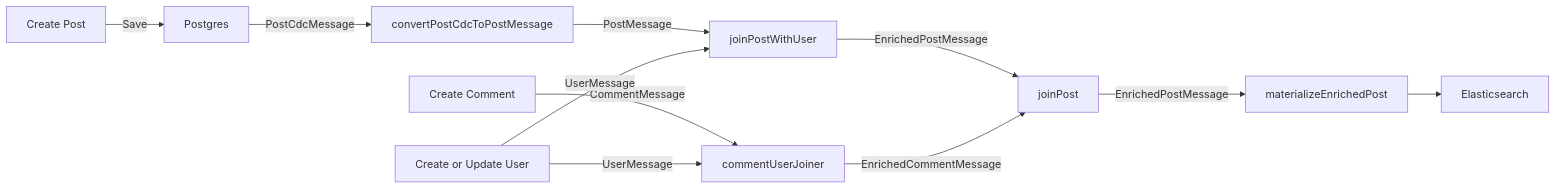
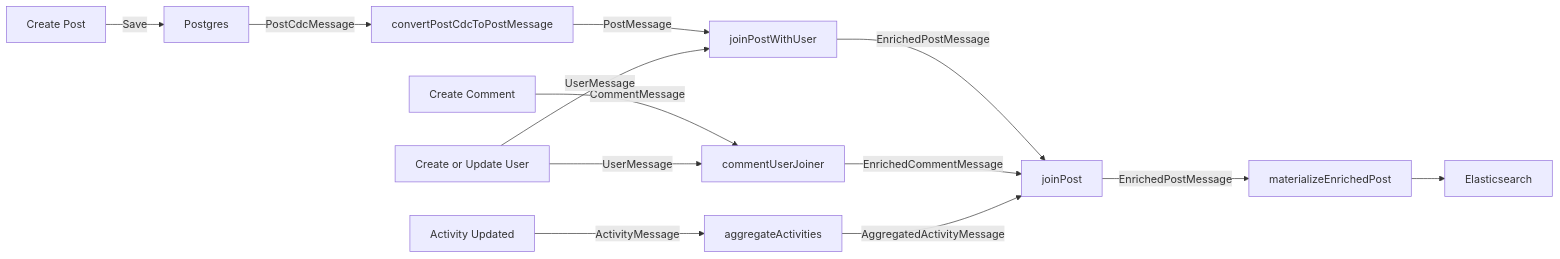
The diagram in README.md (WilliamChang80/scs-example), drawn with Mermaid before and after one commit. The commit also changed 12 other files, not shown here.

````diff
--- a/README.md
+++ b/README.md
@@ -14,14 +14,17 @@
 ```mermaid
 graph LR
     A[Create Post] --> |Save| Z[Postgres] 
     Z[Postgres] --> |PostCdcMessage| B[convertPostCdcToPostMessage]
     B[convertPostCdcToPostMessage] --> |PostMessage| C[joinPostWithUser]
     C[joinPostWithUser] --> |EnrichedPostMessage| D[joinPost]
     D[joinPost] --> |EnrichedPostMessage| E[materializeEnrichedPost] --> F[Elasticsearch]
 
     G[Create Comment] --> |CommentMessage| H[commentUserJoiner]
     H[commentUserJoiner] --> |EnrichedCommentMessage| D[joinPost]
 
     I[Create or Update User] --> |UserMessage| H[commentUserJoiner]
     I[Create or Update User] --> |UserMessage| C[joinPostWithUser]
+
+    J[Activity Updated] --> |ActivityMessage| K[aggregateActivities]
+    K[aggregateActivities] --> |AggregatedActivityMessage| D[joinPost]
 ```
````
